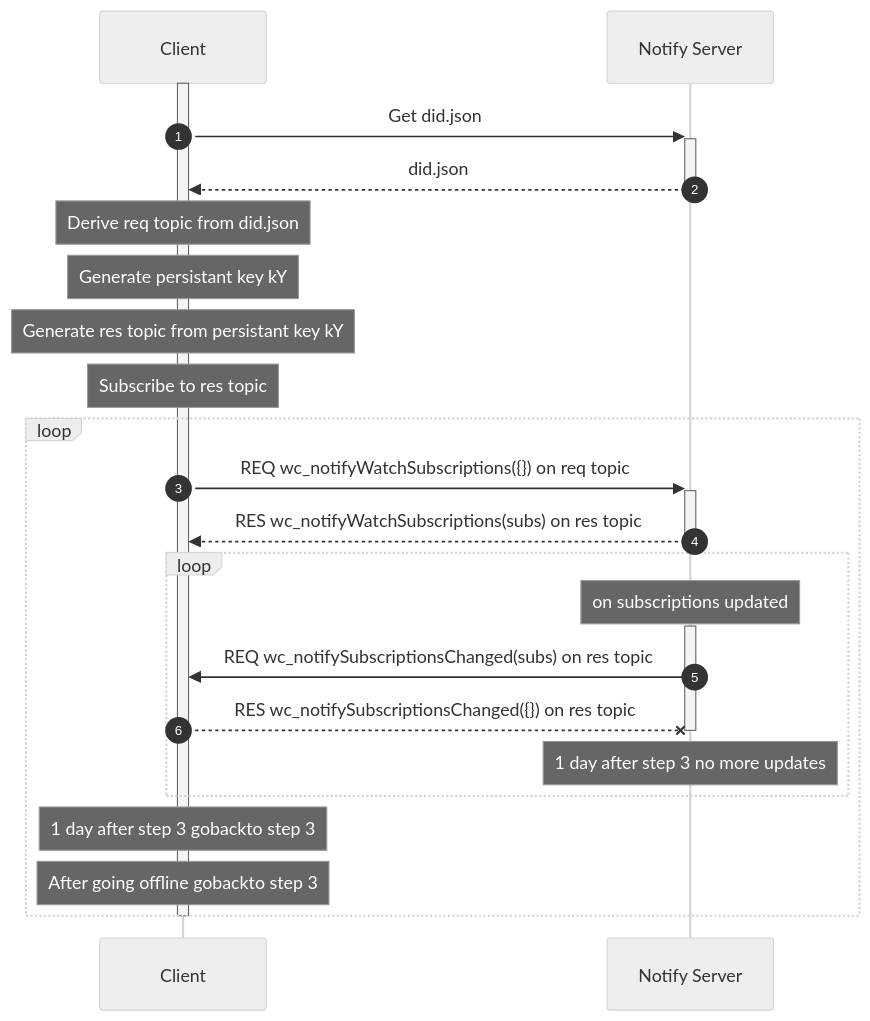
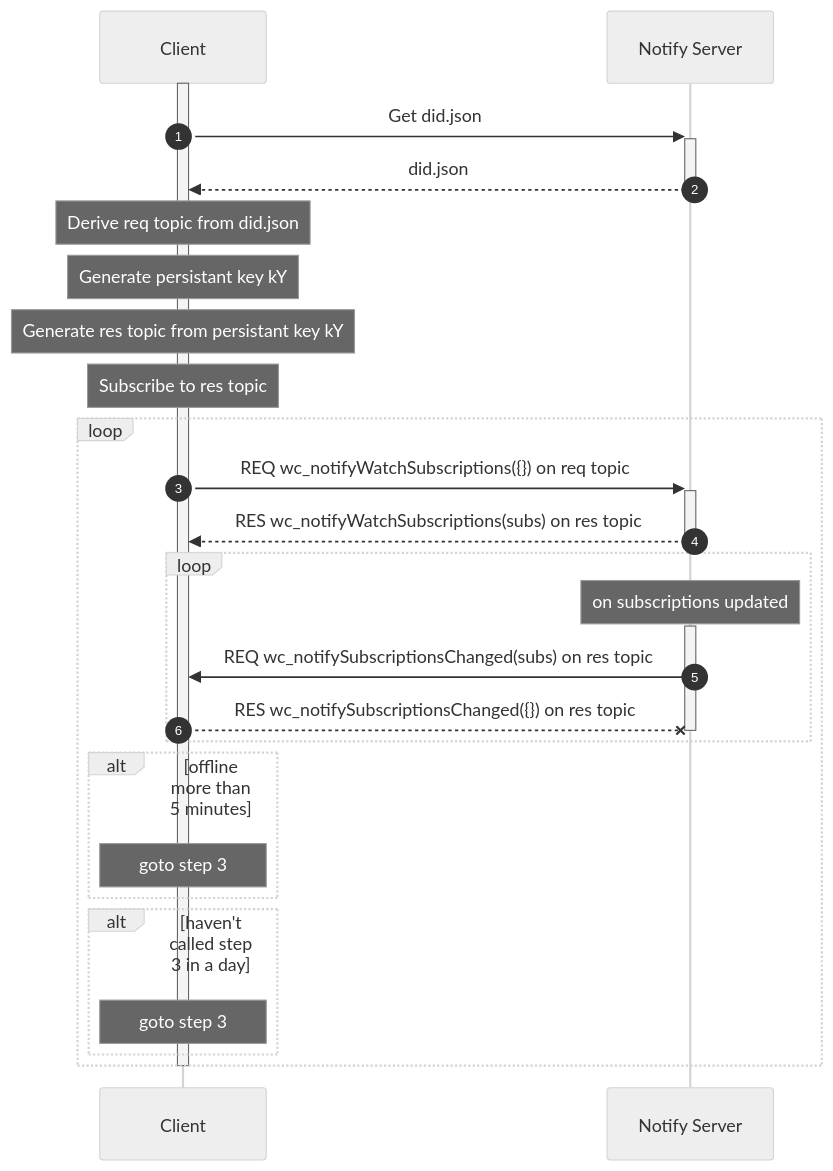
Before and after one commit to WalletConnect/walletconnect-specs: the first of 3 diagrams in docs/specs/clients/notify/rpc-methods.md, drawn with Mermaid (neutral theme).

Commit message:
fix: improve clarity of watch subscriptions loop edge cases

````diff
--- a/docs/specs/clients/notify/rpc-methods.md
+++ b/docs/specs/clients/notify/rpc-methods.md
@@ -11,29 +11,32 @@
 ```mermaid
 sequenceDiagram
   autonumber
   participant C as Client
   participant N as Notify Server
 
   activate C
   C->>+N: Get did.json
   N-->>-C: did.json
   Note over C: Derive req topic from did.json
   Note over C: Generate persistant key kY
   Note over C: Generate res topic from persistant key kY
   Note over C: Subscribe to res topic
   loop
 	  C->>+N: REQ wc_notifyWatchSubscriptions({}) on req topic
 	  N-->>-C: RES wc_notifyWatchSubscriptions(subs) on res topic
     loop
 		  Note over N: on subscriptions updated
 		  activate N
 		  N->>C: REQ wc_notifySubscriptionsChanged(subs) on res topic
 		  C--xN: RES wc_notifySubscriptionsChanged({}) on res topic
 		  deactivate N
-      Note over N: 1 day after step 3 no more updates
     end
-    Note over C: 1 day after step 3 gobackto step 3
-    Note over C: After going offline gobackto step 3
+    alt offline more than 5 minutes
+      Note over C: goto step 3
+    end
+    alt haven't called step 3 in a day
+      Note over C: goto step 3
+    end
   end
   deactivate C
 ```
````
